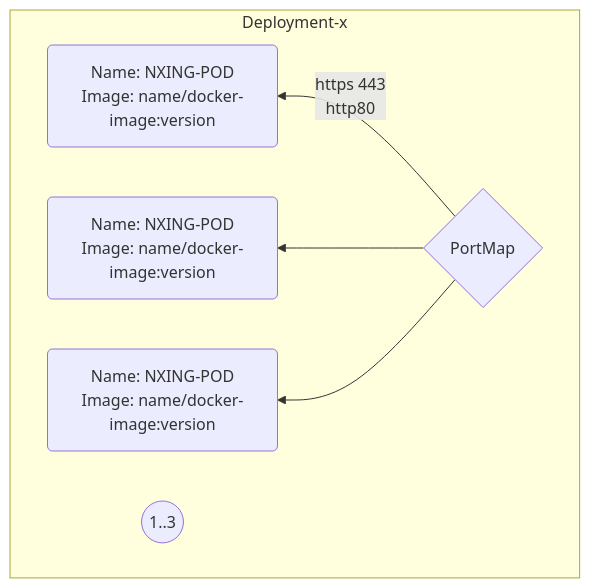
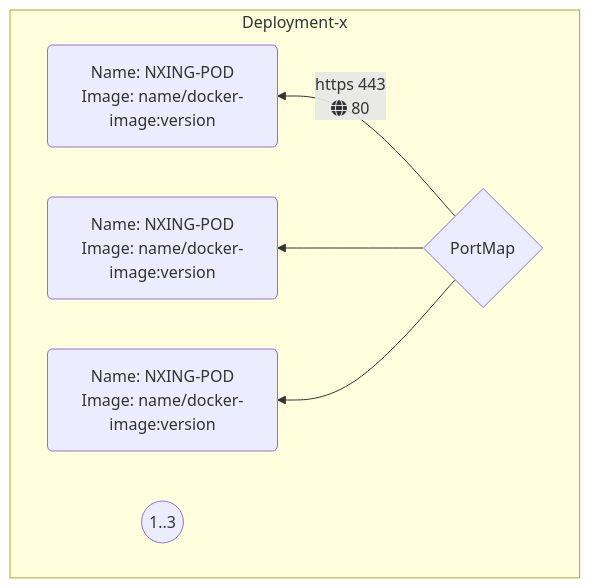
The diagram in README.md (TimRoos98/rendering), drawn with Mermaid before and after one commit.

````diff
--- a/README.md
+++ b/README.md
@@ -1,14 +1,14 @@
 ```mermaid
 flowchart TD
     subgraph Deployment-x
         direction RL
         G{PortMap}
         scalar((1..3))
-        G--https 443\nhttp80-->Container-1("`Name: NXING-POD
+        G--https 443\nfa:fa-globe 80-->Container-1("`Name: NXING-POD
                         Image: name/docker-image:version`")
         G-->Container-2("`Name: NXING-POD
                         Image: name/docker-image:version`")
         G-->Container-3("`Name: NXING-POD
                         Image: name/docker-image:version`")
     end
 ```
````
